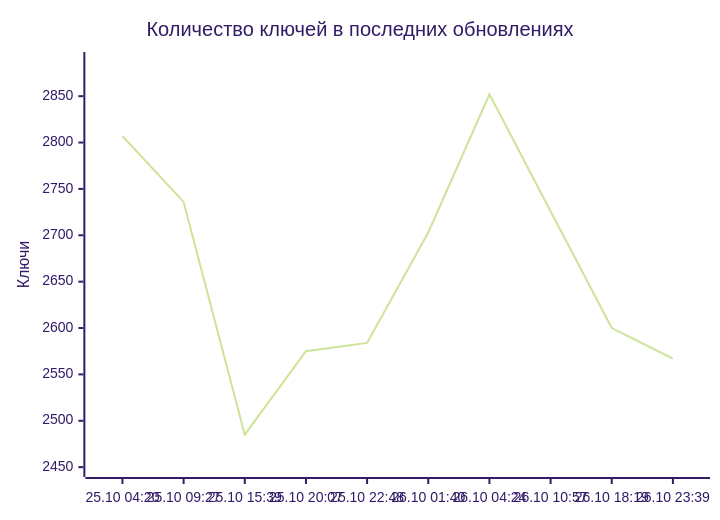
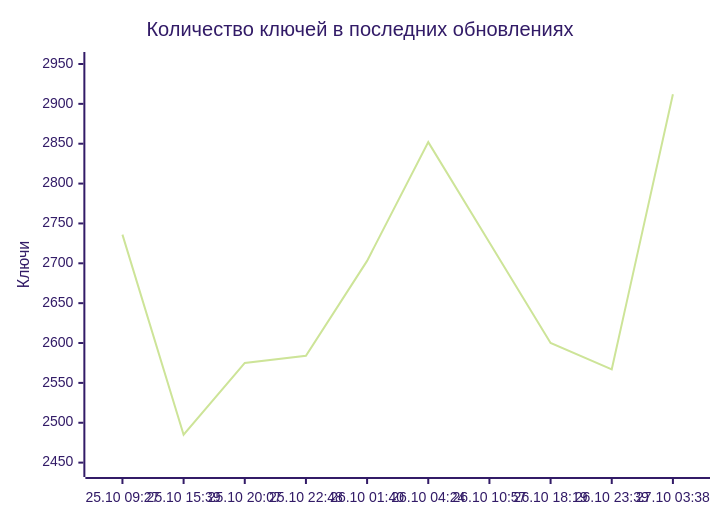
One commit to markKikhtenko/WireVeil changed the diagram in README.md. Above: the diagram before and after it, drawn with Mermaid (forest theme). The commit also changed other lines of this file and 12 other files, not shown here.

````diff
--- a/README.md
+++ b/README.md
@@ -55,7 +55,7 @@
 ```mermaid
 xychart-beta
     title "Количество ключей в последних обновлениях"
-    x-axis ["25.10 04:20", "25.10 09:27", "25.10 15:39", "25.10 20:07", "25.10 22:48", "26.10 01:40", "26.10 04:24", "26.10 10:57", "26.10 18:19", "26.10 23:39"]
-    y-axis "Ключи" 2448 --> 2889
-    line [2807, 2736, 2485, 2575, 2584, 2703, 2852, 2726, 2600, 2567]
+    x-axis ["25.10 09:27", "25.10 15:39", "25.10 20:07", "25.10 22:48", "26.10 01:40", "26.10 04:24", "26.10 10:57", "26.10 18:19", "26.10 23:39", "27.10 03:38"]
+    y-axis "Ключи" 2442 --> 2955
+    line [2736, 2485, 2575, 2584, 2703, 2852, 2726, 2600, 2567, 2912]
 ```
````
